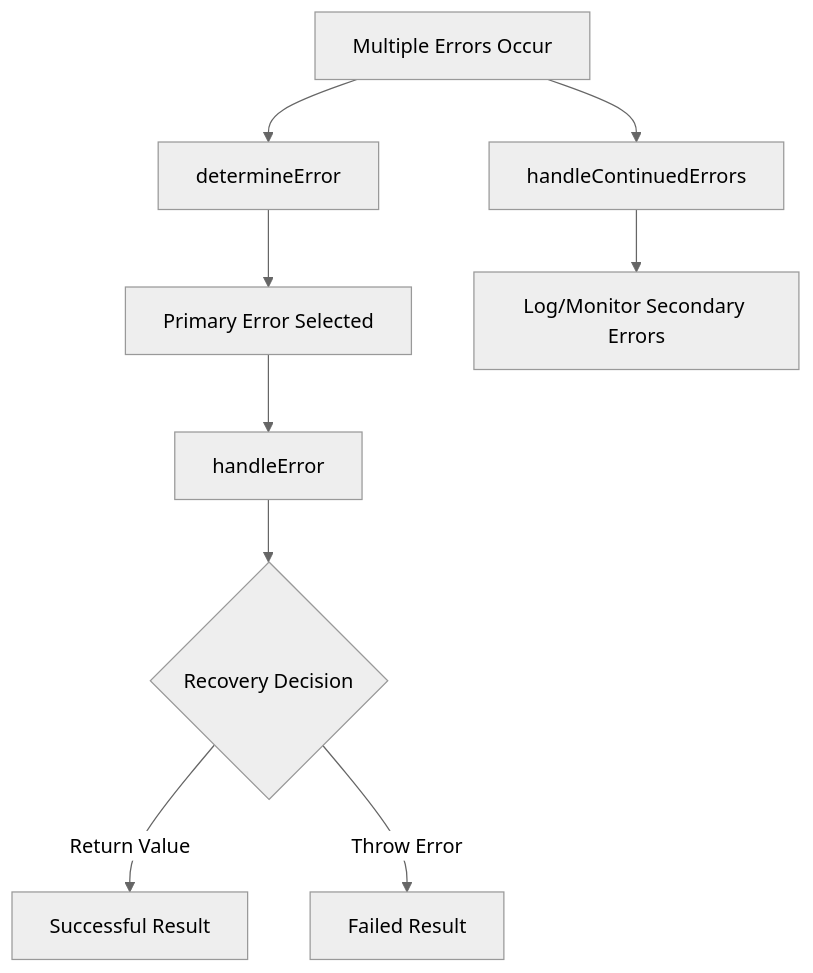
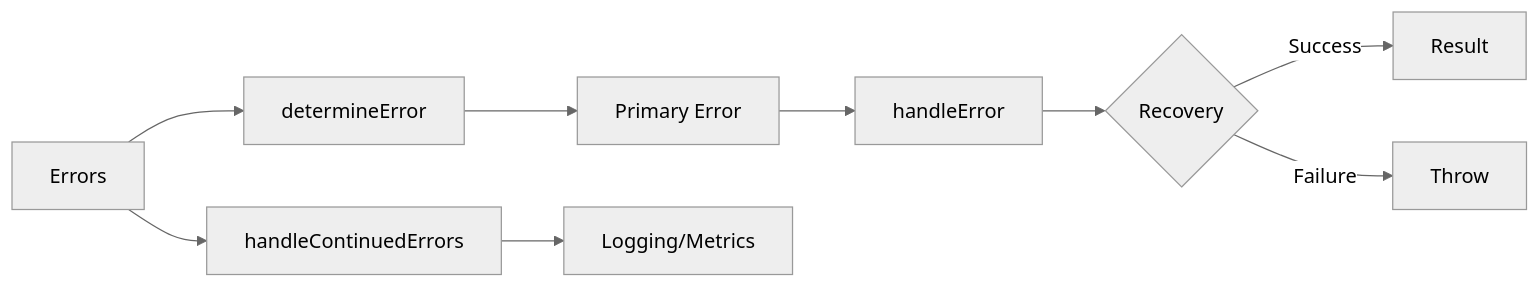
Before and after one commit to h1ylabs/next-loader: the third of 4 diagrams in packages/promise-aop/README.md, drawn with Mermaid (neutral theme). The commit also changed other lines of this file and 18 other files, not shown here.

````diff
--- a/packages/promise-aop/README.md
+++ b/packages/promise-aop/README.md
@@ -536,12 +374,12 @@
 ```mermaid
-flowchart TD
-    A["Multiple Errors Occur"] --> B["determineError"]
-    B --> C["Primary Error Selected"]
-    C --> D["handleError"]
-    D --> E{"Recovery Decision"}
-    E -->|"Return Value"| F["Successful Result"]
-    E -->|"Throw Error"| G["Failed Result"]
+flowchart LR
+    A[Errors] --> B[determineError]
+    B --> C[Primary Error]
+    C --> D[handleError]
+    D --> E{Recovery}
+    E -->|Success| F[Result]
+    E -->|Failure| G[Throw]
 
-    A --> H["handleContinuedErrors"]
-    H --> I["Log/Monitor Secondary Errors"]
+    A --> H[handleContinuedErrors]
+    H --> I[Logging/Metrics]
 ```
````
